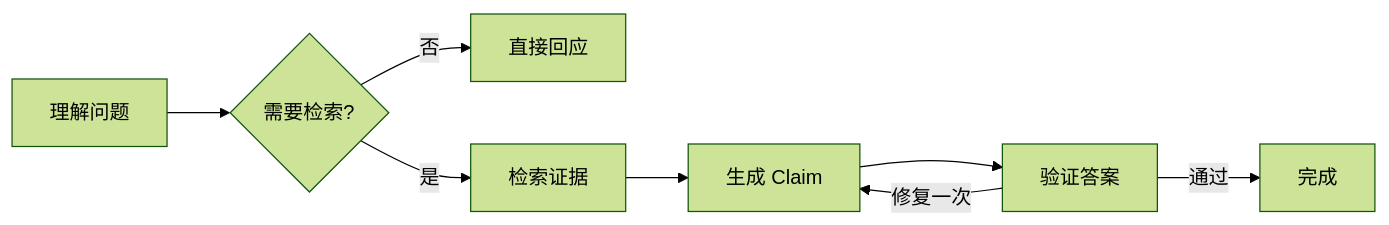
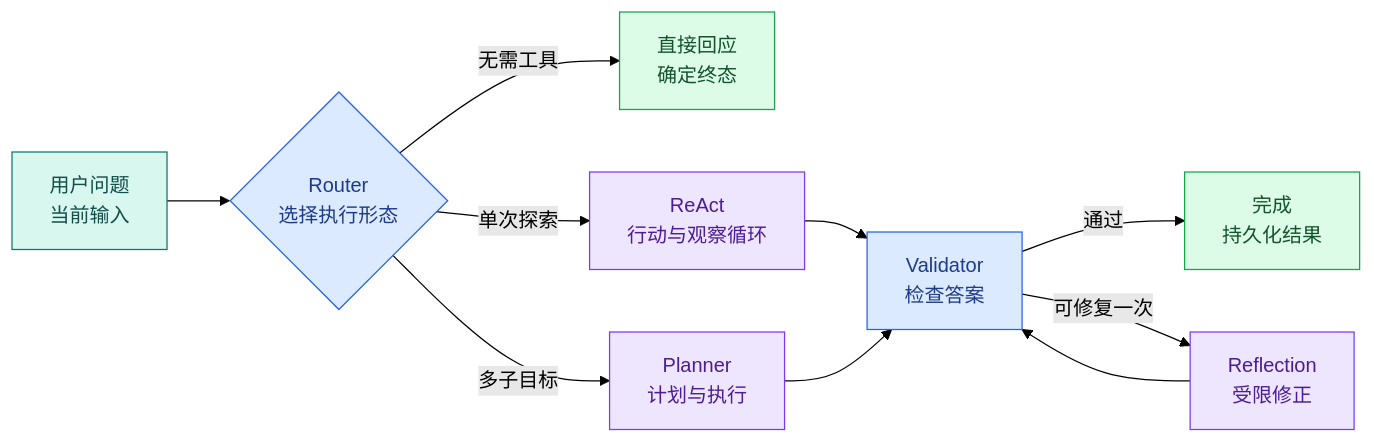
The first of 2 diagrams in docs/ai-agent/agent-framework-selection.md (upJiang/jiang-blog-vitepress), drawn with Mermaid (forest theme) before and after one commit. The commit also changed other lines of this file and 425 other files, not shown here.

````diff
--- a/docs/ai-agent/agent-framework-selection.md
+++ b/docs/ai-agent/agent-framework-selection.md
@@ -101,10 +49,21 @@
 ```mermaid
 flowchart LR
-  A[理解问题] --> B{需要检索?}
-  B -->|否| C[直接回应]
-  B -->|是| D[检索证据]
-  D --> E[生成 Claim]
-  E --> F[验证答案]
-  F -->|修复一次| E
-  F -->|通过| G[完成]
+  Q[用户问题<br/>当前输入] --> R{Router<br/>选择执行形态}
+  R -->|无需工具| D[直接回应<br/>确定终态]
+  R -->|单次探索| A[ReAct<br/>行动与观察循环]
+  R -->|多子目标| P[Planner<br/>计划与执行]
+  A --> V[Validator<br/>检查答案]
+  P --> V
+  V -->|通过| C[完成<br/>持久化结果]
+  V -->|可修复一次| F[Reflection<br/>受限修正]
+  F --> V
+
+  classDef input fill:#d7f7ef,stroke:#0f766e,color:#134e4a;
+  classDef model fill:#eee5ff,stroke:#7c3aed,color:#4c1d95;
+  classDef program fill:#dbeafe,stroke:#2563eb,color:#1e3a8a;
+  classDef success fill:#dcfce7,stroke:#16a34a,color:#14532d;
+  class Q input;
+  class A,P,F model;
+  class R,V program;
+  class D,C success;
 ```
````
